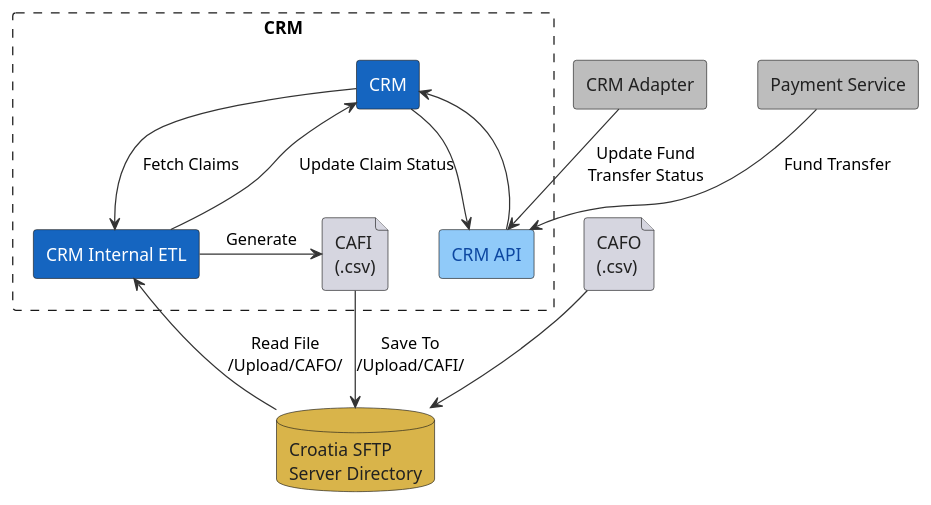
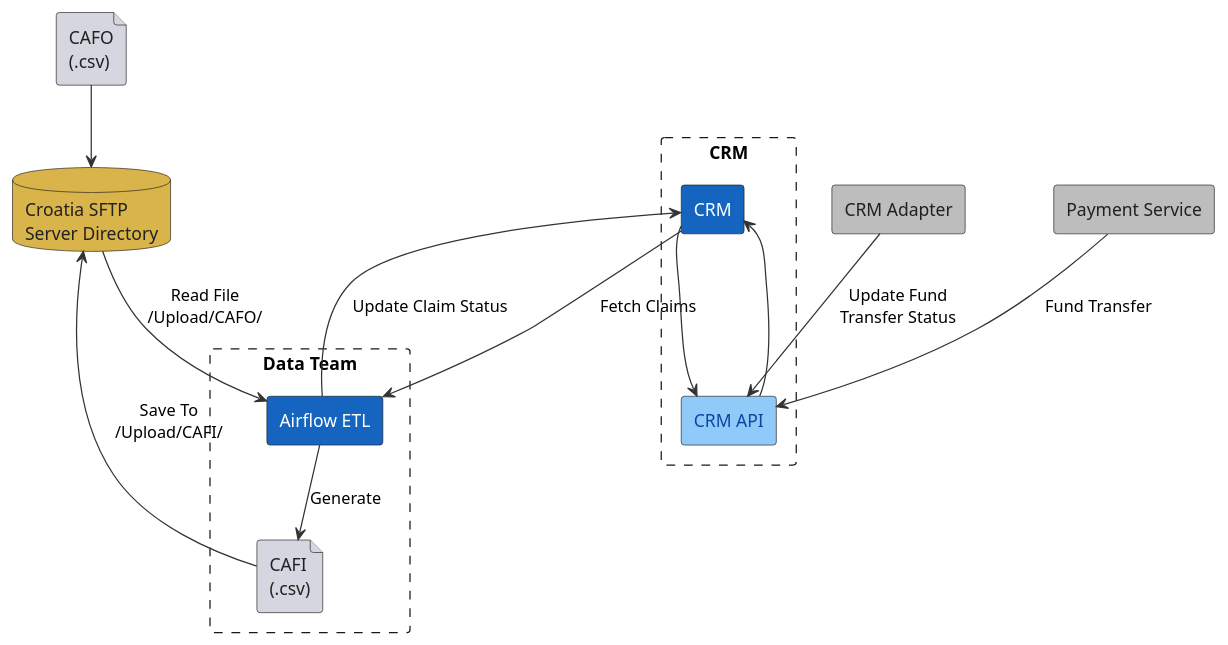
Before and after one commit to AdhamNour/plantuml_learning: the diagram in crm_plantuml.puml, drawn with PlantUML.

Commit message:
Move ETL out of CRM into a Data Team boundary
Rename "CRM Internal ETL" to "Airflow ETL" and lift it out of the CRM
boundary into its own dashed "Data Team" boundary, since the pipeline
is owned by the data team rather than CRM. CAFI moves with it — the
Airflow ETL is what generates that file, and keeping the two together
makes "Generate" a local arrow instead of one crossing boundaries.

Gives the ETL its own <<etl>> tag so a non-CRM component is no longer
tagged crm_core, and drops the now counter-productive direction hints
(they were tuned for the old grouping and tangled the new one).

Claude-Session: https://claude.ai/code/session_01NVT4WJCtQjeYWkpL8qfL4N

```diff
--- a/crm_plantuml.puml
+++ b/crm_plantuml.puml
@@ -1,63 +1,68 @@
 @startuml CRM_Architecture
 
 hide stereotype
 
 skinparam rectangle {
   BackgroundColor<<crm_core>> #1565C0
   FontColor<<crm_core>> white
   BackgroundColor<<crm_api>> #90CAF9
   FontColor<<crm_api>> #0D47A1
+  BackgroundColor<<etl>> #1565C0
+  FontColor<<etl>> white
   BackgroundColor<<external>> #BDBDBD
   FontColor<<external>> #212121
 }
 skinparam database {
   BackgroundColor #D9B44A
   FontColor #212121
 }
 skinparam file {
   BackgroundColor #D6D6E0
   FontColor #212121
 }
 
 skinparam defaultFontName Arial
 skinparam shadowing false
 skinparam ArrowColor #333333
-skinparam nodesep 40
+skinparam nodesep 70
 skinparam ranksep 50
 
-rectangle "CRM" as boundary #line.dashed {
+rectangle "CRM" as crmBoundary #line.dashed {
   rectangle "CRM" as CRM <<crm_core>>
-  rectangle "CRM Internal ETL" as ETL <<crm_core>>
+  rectangle "CRM API" as API <<crm_api>>
+}
+
+rectangle "Data Team" as dataBoundary #line.dashed {
+  rectangle "Airflow ETL" as ETL <<etl>>
   file "CAFI\n(.csv)" as CAFI
-  rectangle "CRM API" as API <<crm_api>>
 }
 
 database "Croatia SFTP\nServer Directory" as SFTP
 file "CAFO\n(.csv)" as CAFO
 
 rectangle "CRM Adapter" as Adapter <<external>>
 rectangle "Payment Service" as Payment <<external>>
 
-' Internal ETL flows
-CRM -right-> ETL : Fetch Claims
-CRM <-up- ETL : Update Claim Status
+' CRM <-> ETL flows
+CRM --> ETL : Fetch Claims
+ETL --> CRM : Update Claim Status
 
 ' CRM <-> API
-CRM -down-> API
-API -up-> CRM
+CRM --> API
+API --> CRM
 
 ' File generation and SFTP
-ETL -right-> CAFI : Generate
+ETL --> CAFI : Generate
 CAFI --> SFTP : Save To\n/Upload/CAFI/
 
 ' SFTP back to ETL
-SFTP -left-> ETL : Read File\n/Upload/CAFO/
+SFTP --> ETL : Read File\n/Upload/CAFO/
 
 ' CAFO on SFTP
 CAFO --> SFTP
 
 ' External flows
 Adapter --> API : Update Fund\nTransfer Status
 Payment --> API : Fund Transfer
 
 @enduml
```
